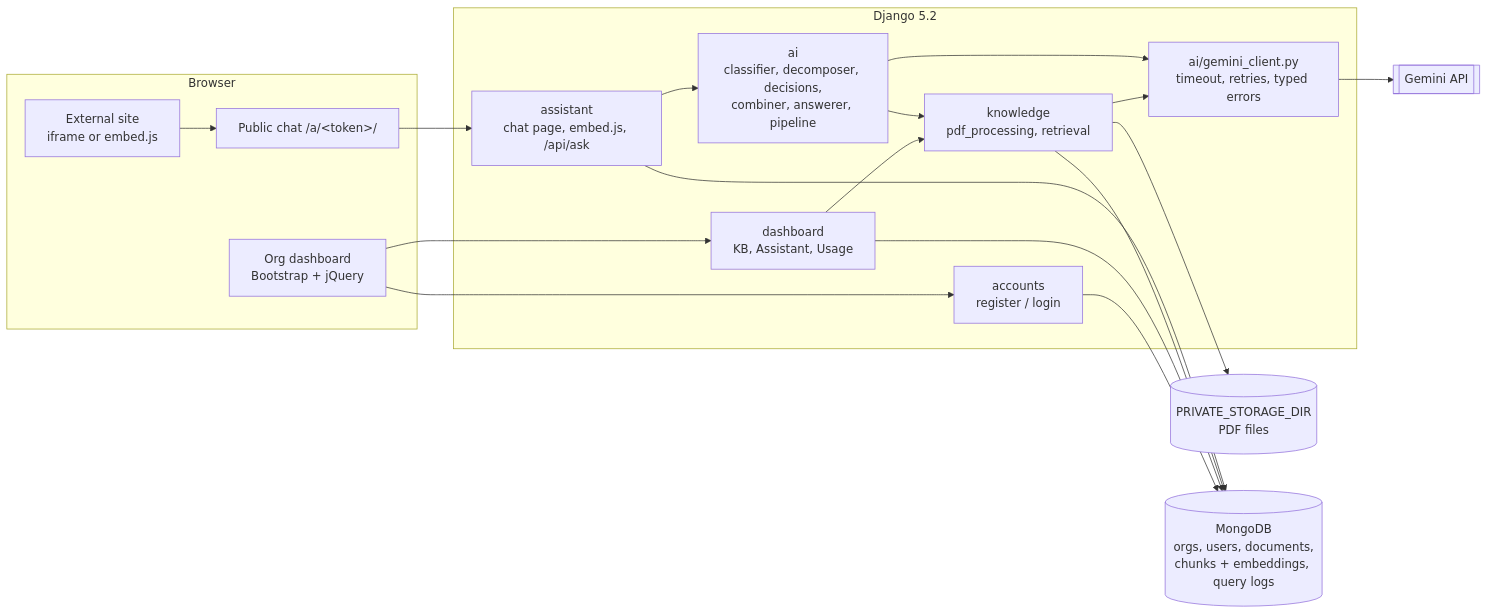
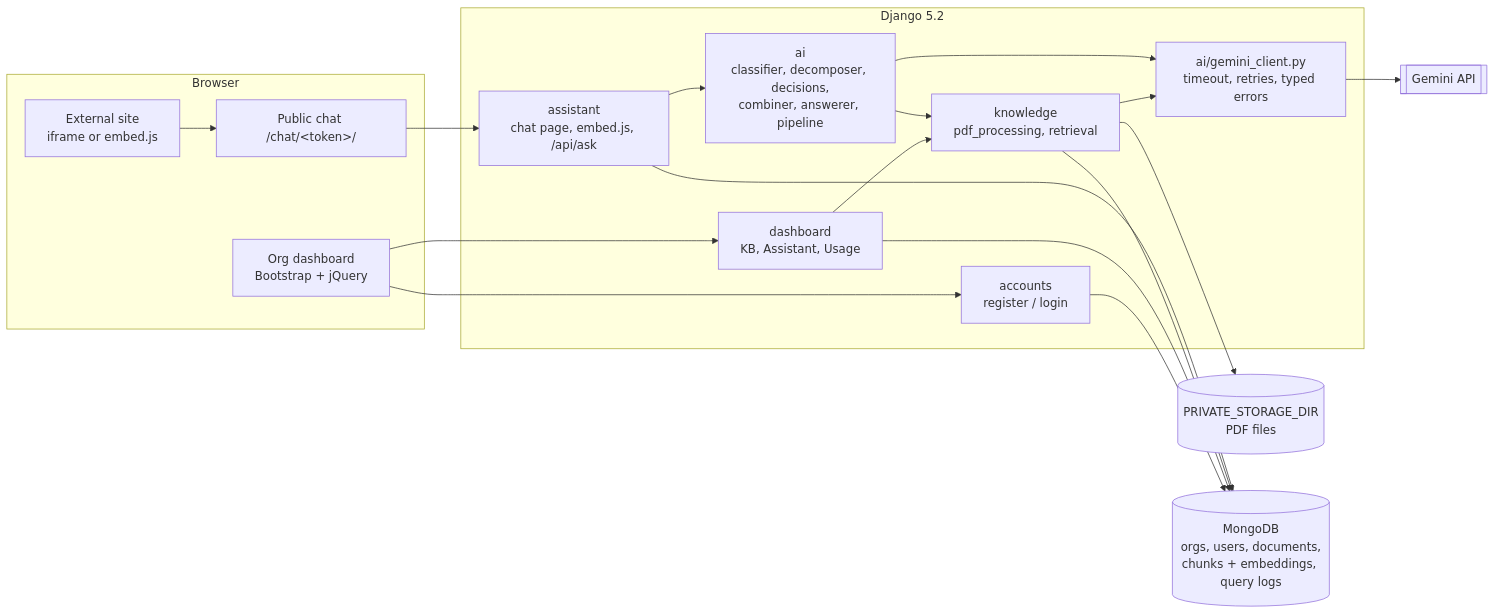
Before and after one commit to 1amitgupta/pan_science_test: the first of 2 diagrams in README.md, drawn with Mermaid. The commit also changed other lines of this file and 15 other files, not shown here.

````diff
--- a/README.md
+++ b/README.md
@@ -73,27 +73,27 @@
 ```mermaid
 flowchart LR
     subgraph Browser
         D[Org dashboard<br/>Bootstrap + jQuery]
-        C[Public chat /a/&lt;token&gt;/]
+        C[Public chat /chat/&lt;token&gt;/]
         E[External site<br/>iframe or embed.js]
     end
     subgraph Django["Django 5.2"]
         ACC[accounts<br/>register / login]
         DASH[dashboard<br/>KB, Assistant, Usage]
         KN[knowledge<br/>pdf_processing, retrieval]
         AS[assistant<br/>chat page, embed.js, /api/ask]
         AI[ai<br/>classifier, decomposer, decisions,<br/>combiner, answerer, pipeline]
         GC[ai/gemini_client.py<br/>timeout, retries, typed errors]
     end
     FS[(PRIVATE_STORAGE_DIR<br/>PDF files)]
     DB[(MongoDB<br/>orgs, users, documents,<br/>chunks + embeddings, query logs)]
     G[[Gemini API]]
 
     D --> ACC & DASH
     E --> C --> AS
     DASH --> KN
     AS --> AI --> KN
     KN --> FS
     KN & AI --> GC --> G
     ACC & DASH & KN & AS --> DB
 ```
````
